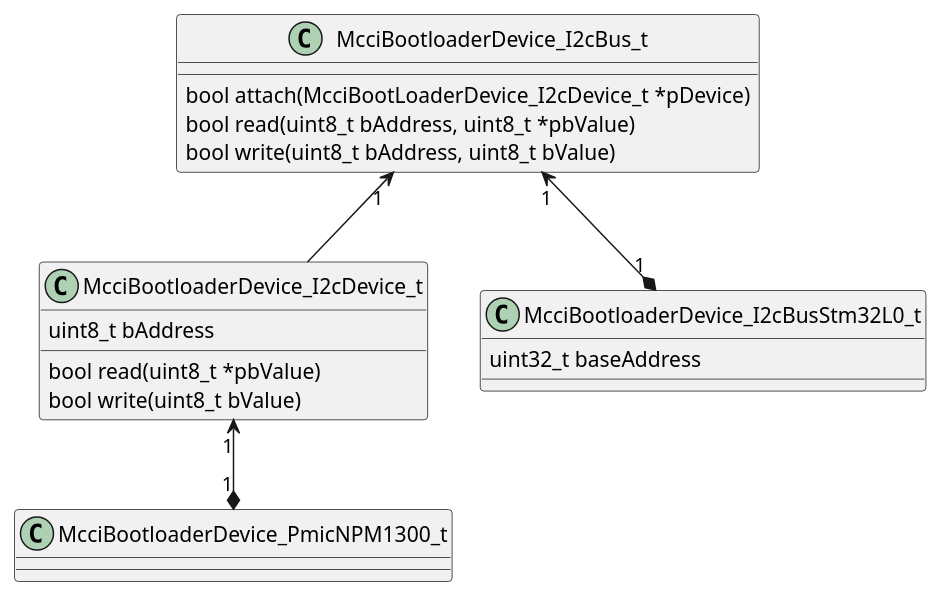
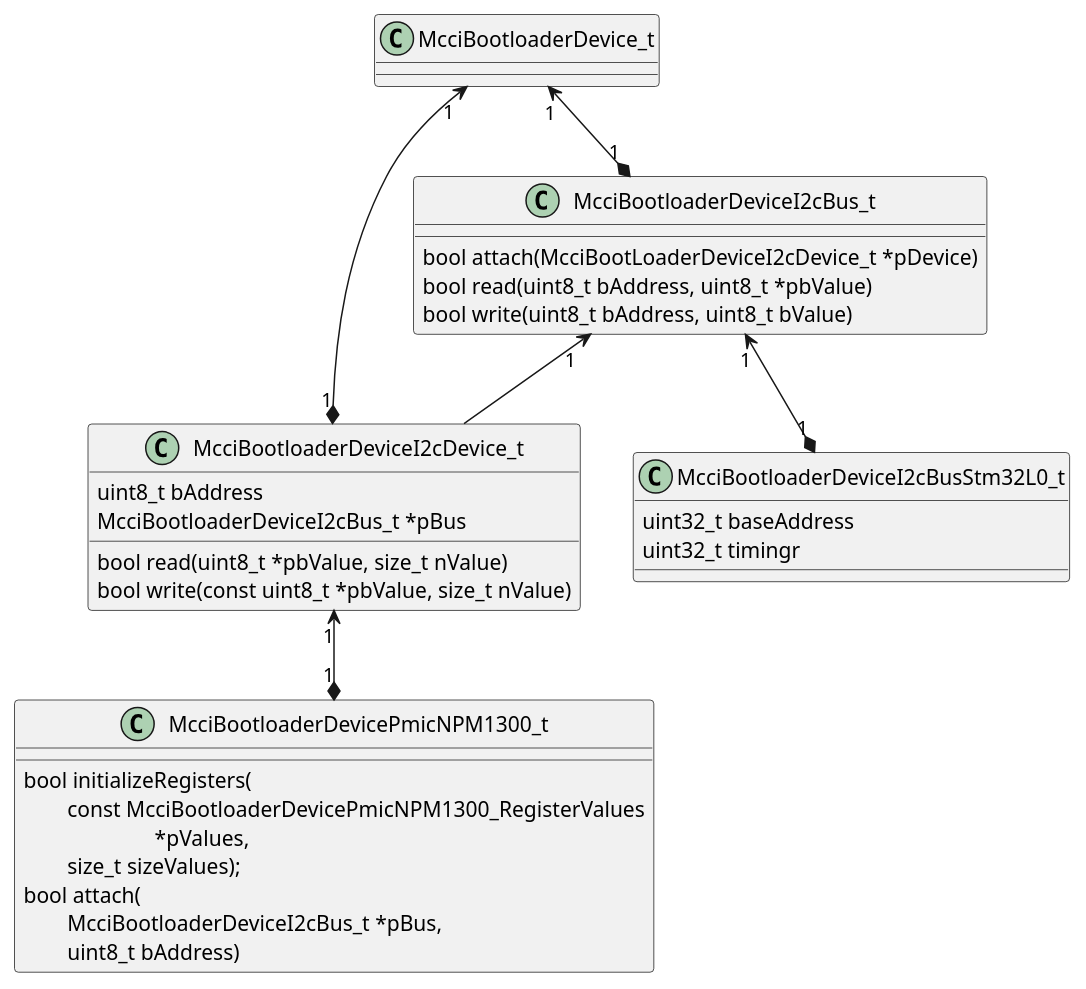
One commit to mcci-catena/bootloader changed the diagram in platform/soc/stm32l0/README.md. Above: the diagram before and after it, drawn with PlantUML. The commit also changed other lines of this file and 12 other files, not shown here.

Commit message:
wip: add more header files and start to converge on final architecture

````diff
--- a/platform/soc/stm32l0/README.md
+++ b/platform/soc/stm32l0/README.md
@@ -110,24 +110,34 @@
 ```plantuml
 @startuml
-class McciBootloaderDevice_I2cBus_t
-class McciBootloaderDevice_I2cDevice_t
-class McciBootloaderDevice_PmicNPM1300_t
-class McciBootloaderDevice_I2cBusStm32L0_t
+class McciBootloaderDevice_t
+class McciBootloaderDeviceI2cBus_t
+class McciBootloaderDeviceI2cDevice_t
+class McciBootloaderDevicePmicNPM1300_t
+class McciBootloaderDeviceI2cBusStm32L0_t
+class McciBootloaderDevicePmicNPM1300_t
 
-McciBootloaderDevice_I2cBus_t "1" <--* "1" McciBootloaderDevice_I2cBusStm32L0_t
+McciBootloaderDevice_t "1" <--* "1" McciBootloaderDeviceI2cBus_t
 
-McciBootloaderDevice_I2cBus_t "1" <-- McciBootloaderDevice_I2cDevice_t
+McciBootloaderDeviceI2cBus_t "1" <--* "1" McciBootloaderDeviceI2cBusStm32L0_t
 
-McciBootloaderDevice_I2cDevice_t "1" <--* "1" McciBootloaderDevice_PmicNPM1300_t
+McciBootloaderDeviceI2cBus_t "1" <-- McciBootloaderDeviceI2cDevice_t
 
-McciBootloaderDevice_I2cBus_t : bool attach(McciBootLoaderDevice_I2cDevice_t *pDevice)
-McciBootloaderDevice_I2cBus_t : bool read(uint8_t bAddress, uint8_t *pbValue)
-McciBootloaderDevice_I2cBus_t : bool write(uint8_t bAddress, uint8_t bValue)
+McciBootloaderDevice_t "1" <--* "1" McciBootloaderDeviceI2cDevice_t
+McciBootloaderDeviceI2cDevice_t "1" <--* "1" McciBootloaderDevicePmicNPM1300_t
 
-McciBootloaderDevice_I2cBusStm32L0_t : uint32_t baseAddress
+McciBootloaderDeviceI2cBus_t : bool attach(McciBootLoaderDeviceI2cDevice_t *pDevice)
+McciBootloaderDeviceI2cBus_t : bool read(uint8_t bAddress, uint8_t *pbValue)
+McciBootloaderDeviceI2cBus_t : bool write(uint8_t bAddress, uint8_t bValue)
 
-McciBootloaderDevice_I2cDevice_t : uint8_t bAddress
-McciBootloaderDevice_I2cDevice_t : bool read(uint8_t *pbValue)
-McciBootloaderDevice_I2cDevice_t : bool write(uint8_t bValue)
+McciBootloaderDeviceI2cBusStm32L0_t : uint32_t baseAddress
+McciBootloaderDeviceI2cBusStm32L0_t : uint32_t timingr
+
+McciBootloaderDeviceI2cDevice_t : uint8_t bAddress
+McciBootloaderDeviceI2cDevice_t : McciBootloaderDeviceI2cBus_t *pBus
+McciBootloaderDeviceI2cDevice_t : bool read(uint8_t *pbValue, size_t nValue)
+McciBootloaderDeviceI2cDevice_t : bool write(const uint8_t *pbValue, size_t nValue)
+
+McciBootloaderDevicePmicNPM1300_t : bool initializeRegisters(\n\tconst McciBootloaderDevicePmicNPM1300_RegisterValues\n\t\t\t*pValues,\n\tsize_t sizeValues);
+McciBootloaderDevicePmicNPM1300_t : bool attach(\n\tMcciBootloaderDeviceI2cBus_t *pBus,\n\tuint8_t bAddress)
 @enduml
 ```
````
